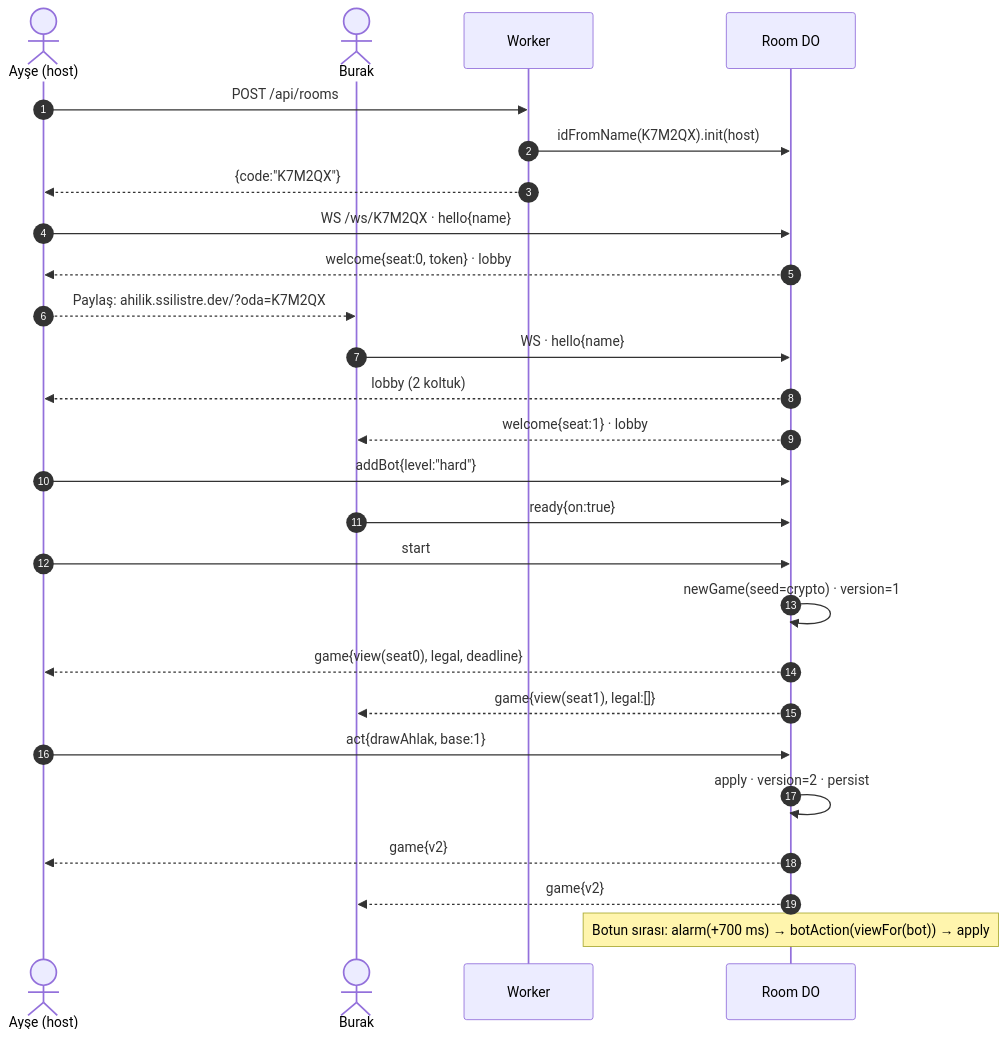
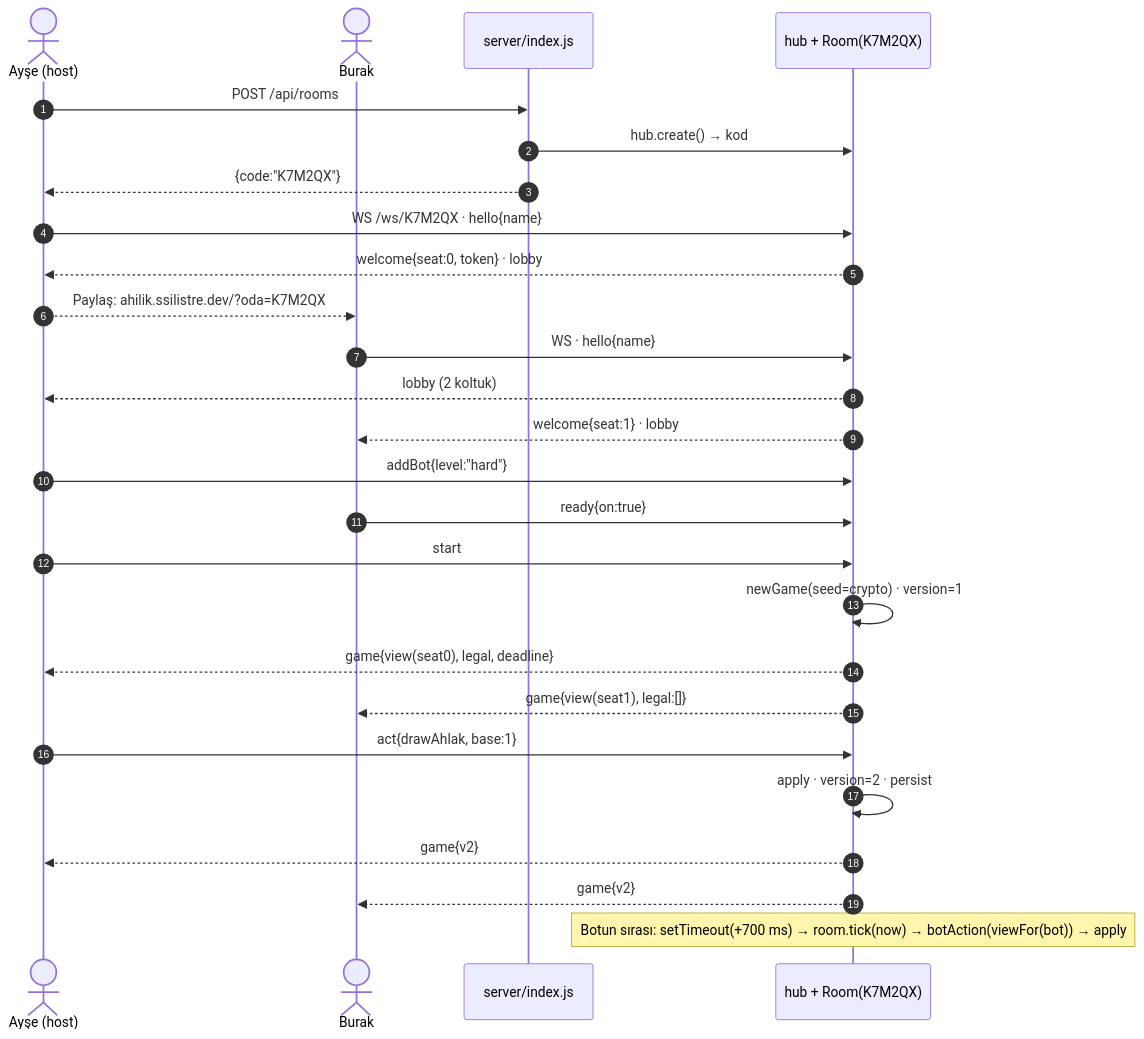
One commit to SSilistre-dev/ahilik-yolu changed the third of 6 diagrams in docs/ARCHITECTURE.md. Above: the diagram before and after it, drawn with Mermaid. The commit also changed other lines of this file, not shown here.

Commit message:
docs(arch): self-hosted Node server on Dokploy, mobile shell, rematch flow

````diff
--- a/docs/ARCHITECTURE.md
+++ b/docs/ARCHITECTURE.md
@@ -163,28 +167,28 @@
 ```mermaid
 sequenceDiagram
   autonumber
   actor A as Ayşe (host)
   actor B as Burak
-  participant W as Worker
-  participant R as Room DO
+  participant W as server/index.js
+  participant R as hub + Room(K7M2QX)
   A->>W: POST /api/rooms
-  W->>R: idFromName(K7M2QX).init(host)
+  W->>R: hub.create() → kod
   W-->>A: {code:"K7M2QX"}
   A->>R: WS /ws/K7M2QX · hello{name}
   R-->>A: welcome{seat:0, token} · lobby
   A-->>B: Paylaş: ahilik.ssilistre.dev/?oda=K7M2QX
   B->>R: WS · hello{name}
   R-->>A: lobby (2 koltuk)
   R-->>B: welcome{seat:1} · lobby
   A->>R: addBot{level:"hard"}
   B->>R: ready{on:true}
   A->>R: start
   R->>R: newGame(seed=crypto) · version=1
   R-->>A: game{view(seat0), legal, deadline}
   R-->>B: game{view(seat1), legal:[]}
   A->>R: act{drawAhlak, base:1}
   R->>R: apply · version=2 · persist
   R-->>A: game{v2}
   R-->>B: game{v2}
-  Note over R: Botun sırası: alarm(+700 ms) → botAction(viewFor(bot)) → apply
+  Note over R: Botun sırası: setTimeout(+700 ms) → room.tick(now) → botAction(viewFor(bot)) → apply
 ```
````
